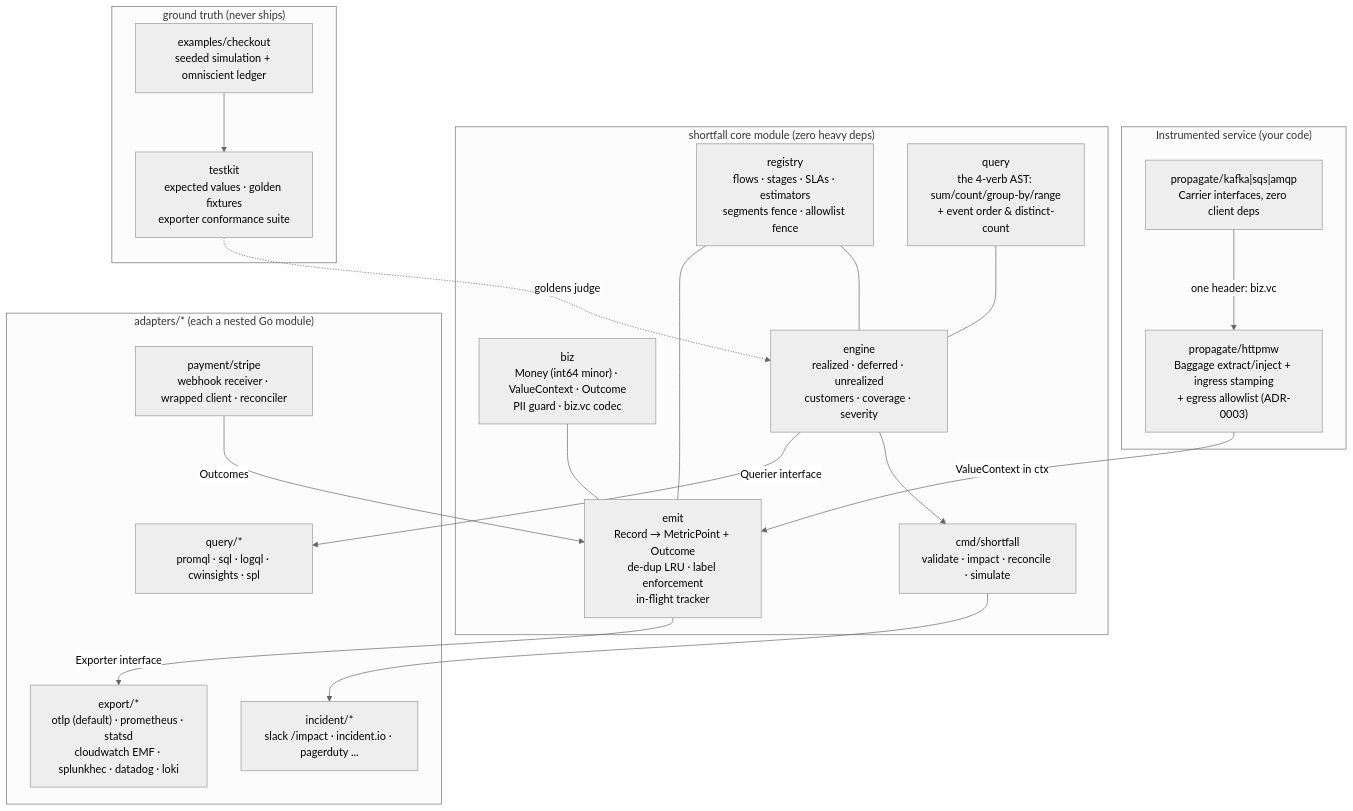
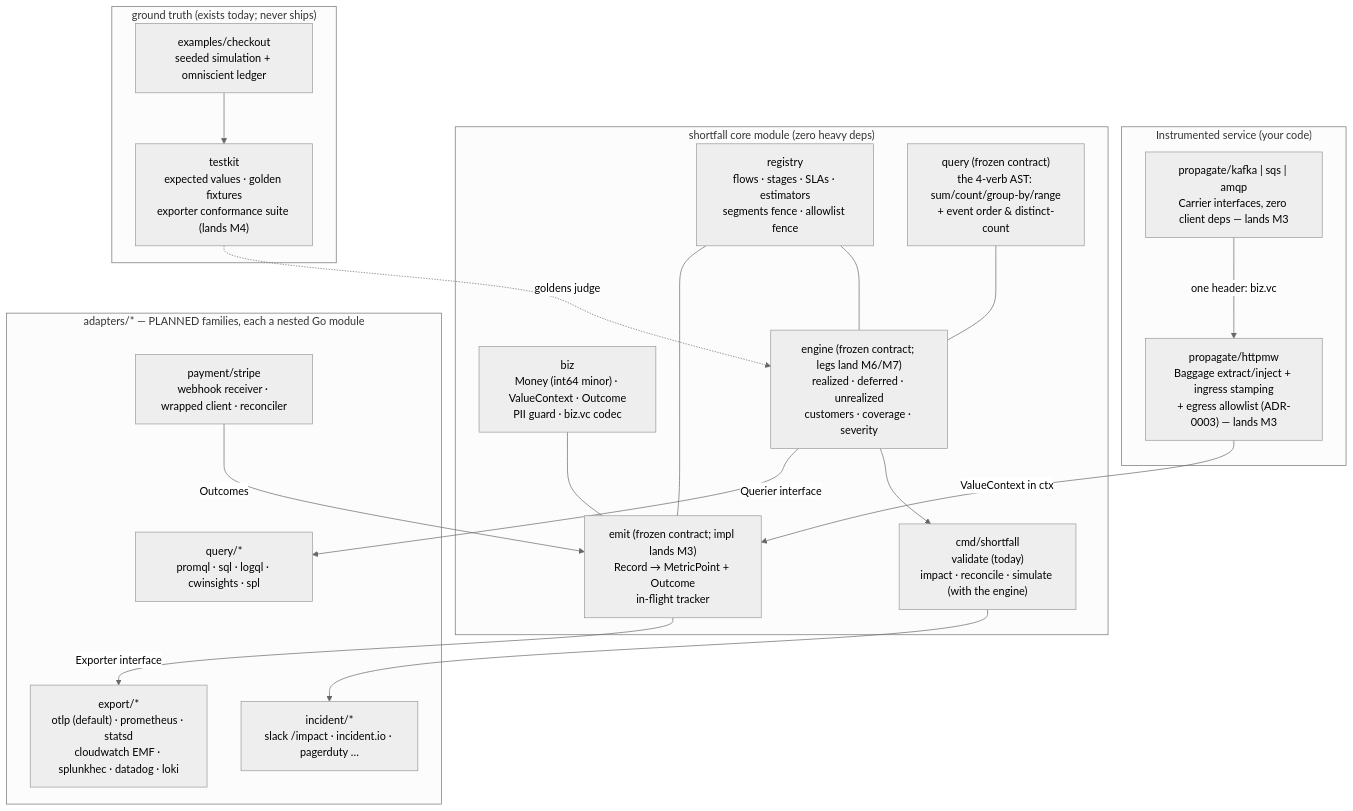
One commit to NightWatchEng/shortfall changed the diagram in docs/architecture/c4-l2-containers.md. Above: the diagram before and after it, drawn with Mermaid (neutral theme). The commit also changed other lines of this file and 6 other files, not shown here.

Commit message:
fix: close all 10 diagram-accuracy findings (workspace-tmw.11)

````diff
--- a/docs/architecture/c4-l2-containers.md
+++ b/docs/architecture/c4-l2-containers.md
@@ -7,42 +14,42 @@
 ```mermaid
 flowchart TB
     subgraph app["Instrumented service (your code)"]
-        MW["propagate/httpmw\nBaggage extract/inject + ingress stamping\n+ egress allowlist (ADR-0003)"]
-        CARRIERS["propagate/kafka|sqs|amqp\nCarrier interfaces, zero client deps"]
+        MW["propagate/httpmw<br/>Baggage extract/inject + ingress stamping<br/>+ egress allowlist (ADR-0003) — lands M3"]
+        CARRIERS["propagate/kafka | sqs | amqp<br/>Carrier interfaces, zero client deps — lands M3"]
     end
 
     subgraph core["shortfall core module (zero heavy deps)"]
-        BIZ["biz\nMoney (int64 minor) · ValueContext · Outcome\nPII guard · biz.vc codec"]
-        REG["registry\nflows · stages · SLAs · estimators\nsegments fence · allowlist fence"]
-        EMIT["emit\nRecord → MetricPoint + Outcome\nde-dup LRU · label enforcement\nin-flight tracker"]
-        QUERY["query\nthe 4-verb AST: sum/count/group-by/range\n+ event order & distinct-count"]
-        ENGINE["engine\nrealized · deferred · unrealized\ncustomers · coverage · severity"]
-        CLI["cmd/shortfall\nvalidate · impact · reconcile · simulate"]
+        BIZ["biz<br/>Money (int64 minor) · ValueContext · Outcome<br/>PII guard · biz.vc codec"]
+        REG["registry<br/>flows · stages · SLAs · estimators<br/>segments fence · allowlist fence"]
+        EMIT["emit (frozen contract; impl lands M3)<br/>Record → MetricPoint + Outcome<br/>in-flight tracker"]
+        QUERY["query (frozen contract)<br/>the 4-verb AST: sum/count/group-by/range<br/>+ event order & distinct-count"]
+        ENGINE["engine (frozen contract; legs land M6/M7)<br/>realized · deferred · unrealized<br/>customers · coverage · severity"]
+        CLI["cmd/shortfall<br/>validate (today)<br/>impact · reconcile · simulate (with the engine)"]
     end
 
-    subgraph adapters["adapters/* (each a nested Go module)"]
-        EXP["export/*\notlp (default) · prometheus · statsd\ncloudwatch EMF · splunkhec · datadog · loki"]
-        QAD["query/*\npromql · sql · logql · cwinsights · spl"]
-        PAY["payment/stripe\nwebhook receiver · wrapped client · reconciler"]
-        INC["incident/*\nslack /impact · incident.io · pagerduty ..."]
+    subgraph adapters["adapters/* — PLANNED families, each a nested Go module"]
+        EXP["export/*<br/>otlp (default) · prometheus · statsd<br/>cloudwatch EMF · splunkhec · datadog · loki"]
+        QAD["query/*<br/>promql · sql · logql · cwinsights · spl"]
+        PAY["payment/stripe<br/>webhook receiver · wrapped client · reconciler"]
+        INC["incident/*<br/>slack /impact · incident.io · pagerduty …"]
     end
 
-    subgraph verify["ground truth (never ships)"]
-        HARNESS["examples/checkout\nseeded simulation + omniscient ledger"]
-        TESTKIT["testkit\nexpected values · golden fixtures\nexporter conformance suite"]
+    subgraph verify["ground truth (exists today; never ships)"]
+        HARNESS["examples/checkout<br/>seeded simulation + omniscient ledger"]
+        TESTKIT["testkit<br/>expected values · golden fixtures<br/>exporter conformance suite (lands M4)"]
     end
 
     MW -->|ValueContext in ctx| EMIT
     CARRIERS -->|one header: biz.vc| MW
     BIZ --- EMIT
     REG --- EMIT
     EMIT -->|Exporter interface| EXP
     ENGINE -->|Querier interface| QAD
     REG --- ENGINE
     QUERY --- ENGINE
     PAY -->|Outcomes| EMIT
     ENGINE --> CLI
     CLI --> INC
     HARNESS --> TESTKIT
     TESTKIT -.->|goldens judge| ENGINE
 ```
````
